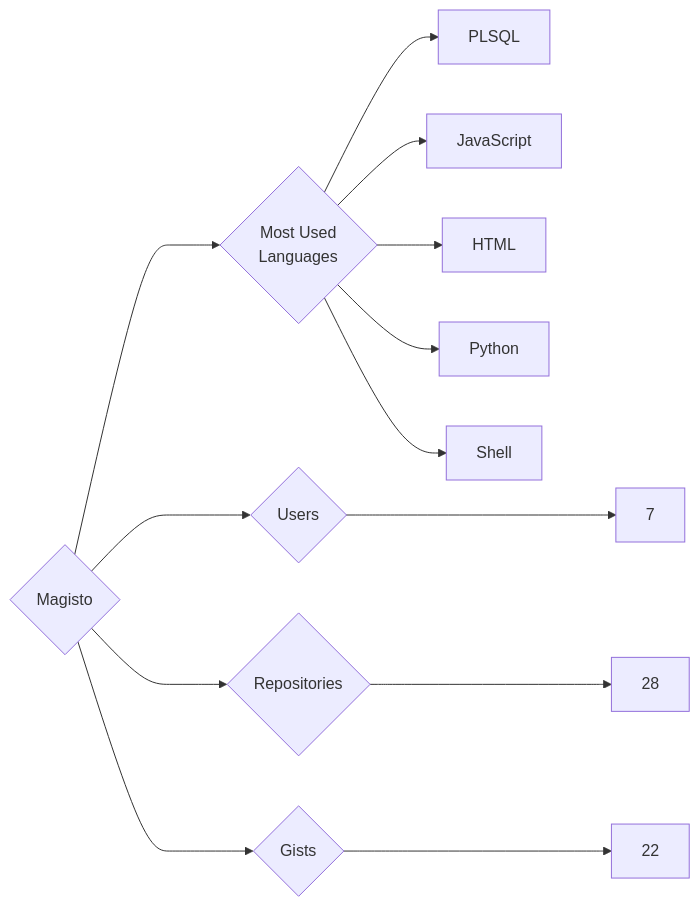
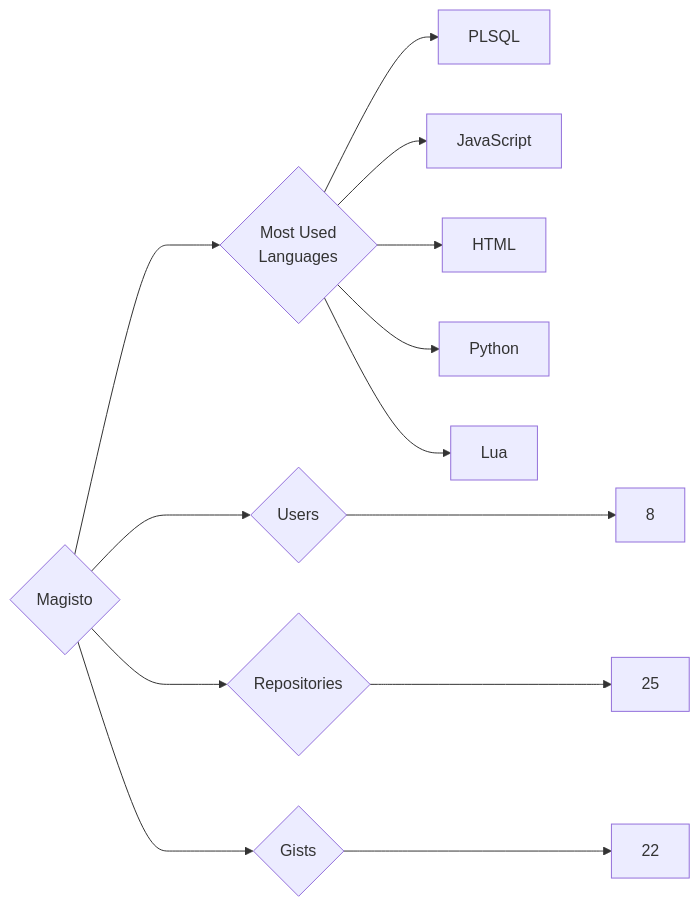
One commit to trickest/insiders changed the diagram in targets/Magisto/README.md. Above: the diagram before and after it, drawn with Mermaid. The commit also changed 1248 other files, not shown here.

````diff
--- a/targets/Magisto/README.md
+++ b/targets/Magisto/README.md
@@ -3,13 +3,13 @@
 ```mermaid
 graph LR
 COMPANY_NAME{Magisto}
-COMPANY_NAME ---> U{Users} ---> UN[7]
-COMPANY_NAME ---> R{Repositories} ---> RN[28]
+COMPANY_NAME ---> U{Users} ---> UN[8]
+COMPANY_NAME ---> R{Repositories} ---> RN[25]
 COMPANY_NAME ---> G{Gists} ---> GN[22]
 COMPANY_NAME ---> ML{Most Used<br>Languages}
 ML --> PLSQL[PLSQL]
 ML --> JavaScript[JavaScript]
 ML --> HTML[HTML]
 ML --> Python[Python]
-ML --> Shell[Shell]
+ML --> Lua[Lua]
 ```
````
